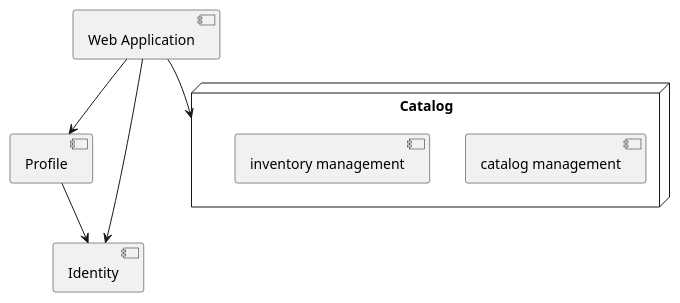
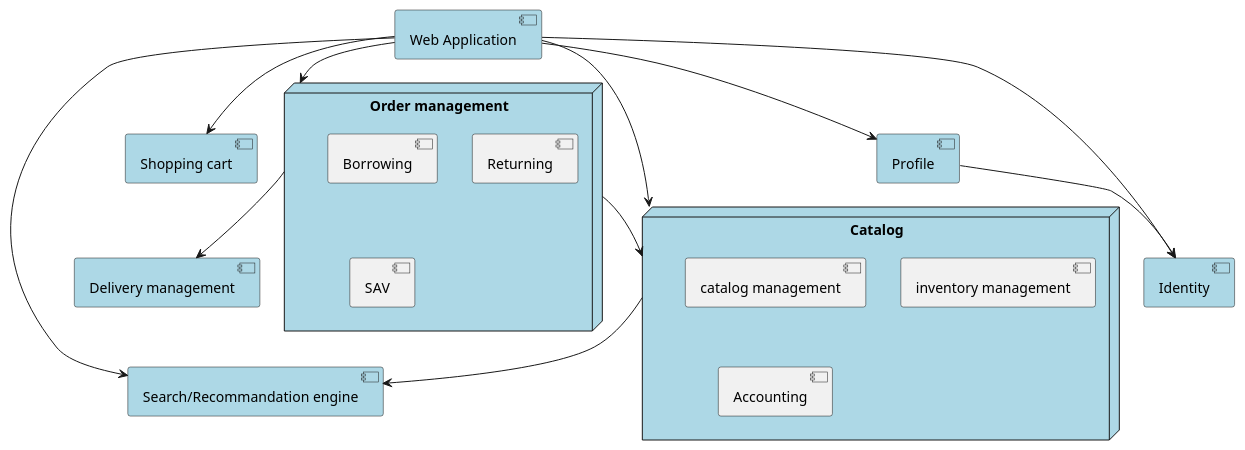
The diagram in microservice.puml (movies-albrains/.github), drawn with PlantUML before and after one commit. The commit also changed 1 other file, not shown here.

Commit message:
update microservice diagram

```diff
--- a/microservice.puml
+++ b/microservice.puml
@@ -1,19 +1,38 @@
 @startuml
 
-component "Web Application"
+component "Web Application" #LightBlue
 
-node "Catalog" {
+component "Search/Recommandation engine" #LightBlue
+
+node "Order management" #LightBlue {
+    [Borrowing]
+    [Returning]
+    [SAV]
+}
+
+component "Shopping cart" #LightBlue
+
+component "Delivery management" #LightBlue
+
+node "Catalog" #LightBlue {
     [catalog management]
     [inventory management]
+    [Accounting]
 }
 
-component "Profile"
+component "Profile" #LightBlue
 
-component "Identity"
+component "Identity" #LightBlue
 
 "Web Application" --> Catalog
 "Web Application" --> Profile
 "Web Application" --> Identity
+"Web Application" --> "Search/Recommandation engine"
+"Web Application" --> "Shopping cart"
+"Web Application" --> "Order management"
+Catalog --> "Search/Recommandation engine"
+"Order management" --> Catalog
+"Order management" --> "Delivery management"
 Profile --> Identity
 
 @enduml
```
